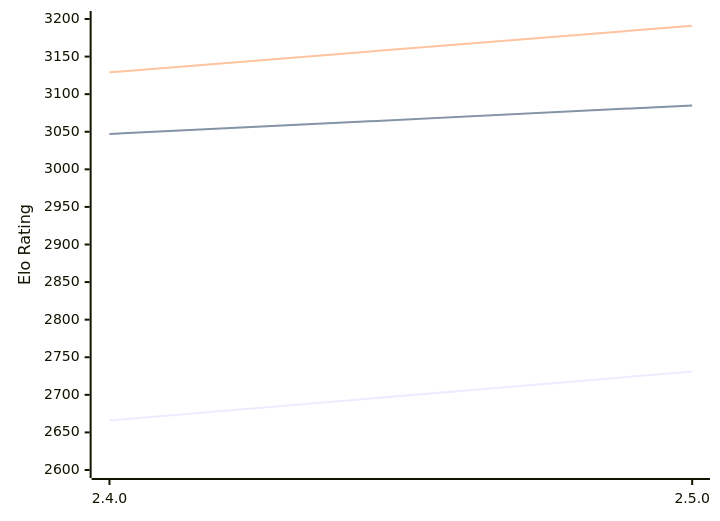
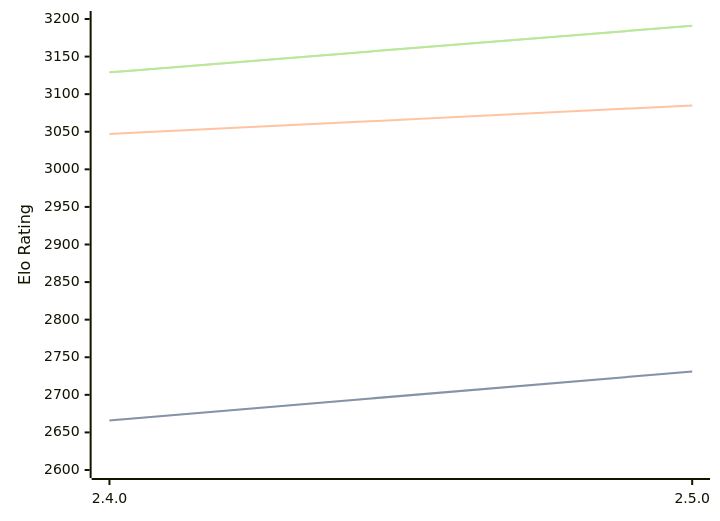
The diagram in engines/Sturddle2.md (computer-chess-index/cci), drawn with Mermaid before and after one commit. The commit also changed other lines of this file, not shown here.

Commit message:
Update CCI Ratings (ELO VLTC) - 2026-02-13

````diff
--- a/engines/Sturddle2.md
+++ b/engines/Sturddle2.md
@@ -34,9 +34,11 @@
 ```mermaid
 %%{init: {"theme":"base","themeVariables":{"seriesColors:['#a3a3a3','#222221','#faa371']}}}%%
 xychart-beta
   x-axis ["2.4.0", "2.5.0"]
   y-axis "Elo Rating" 2600 --> 3200
   line "STC (8.0+0.08s)" [2666, 2731]
+  line "STC (8.0+0.08s)" [2666, 2731]
   line "LTC (60.0+0.60s)" [3047, 3085]
   line "VLTC (2m24s+1.12s)" [3129, 3191]
+  line "VLTC (2m24s+1.12s)" [3129, 3191]
 ```
````
